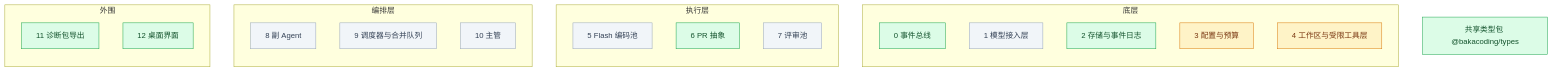
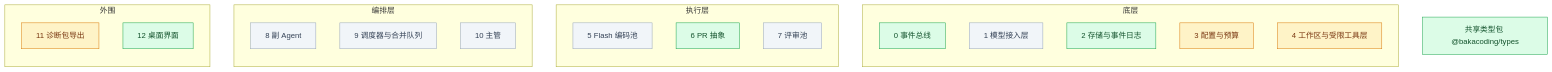
One commit to Akarin7784/BakaCoding changed the diagram in docs/progress.md. Above: the diagram before and after it, drawn with Mermaid. The commit also changed other lines of this file and 2 other files, not shown here.

Commit message:
test(diagnostics): T-024 以 storage.diagnosticsSource() 作为诊断数据源的集成测试与数据缺口说明

````diff
--- a/docs/progress.md
+++ b/docs/progress.md
@@ -11,33 +11,33 @@
 ```mermaid
 flowchart BT
   subgraph 底层
     M0[0 事件总线]
     M1[1 模型接入层]
     M2[2 存储与事件日志]
     M3[3 配置与预算]
     M4[4 工作区与受限工具层]
   end
   subgraph 执行层
     M5[5 Flash 编码池]
     M6[6 PR 抽象]
     M7[7 评审池]
   end
   subgraph 编排层
     M8[8 副 Agent]
     M9[9 调度器与合并队列]
     M10[10 主管]
   end
   subgraph 外围
     M11[11 诊断包导出]
     M12[12 桌面界面]
   end
   T[共享类型包 @bakacoding/types]
 
   classDef todo fill:#f1f5f9,stroke:#94a3b8,color:#334155
   classDef doing fill:#fef3c7,stroke:#d97706,color:#78350f
   classDef done fill:#dcfce7,stroke:#16a34a,color:#14532d
 
-  class M0,M2,M6,M11,M12,T done
-  class M3,M4 doing
+  class M0,M2,M6,M12,T done
+  class M3,M4,M11 doing
   class M1,M5,M7,M8,M9,M10 todo
 ```
````
